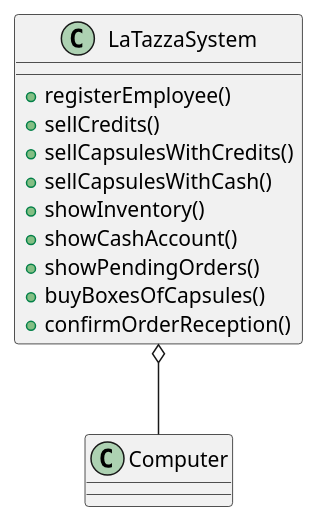
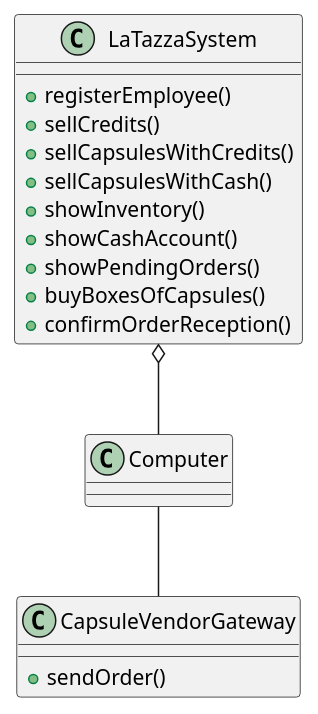
Before and after one commit to eloparco/LaTazza: the fourth of 4 diagrams in requirements.md, drawn with PlantUML. The commit also changed other lines of this file, not shown here.

````diff
--- a/requirements.md
+++ b/requirements.md
@@ -299,18 +304,24 @@
 ```plantuml
 class LaTazzaSystem {
   +registerEmployee()
   +sellCredits()
   +sellCapsulesWithCredits()
   +sellCapsulesWithCash()
   +showInventory()
   +showCashAccount()
   +showPendingOrders()
   +buyBoxesOfCapsules()
   +confirmOrderReception()
 }
 
 class Computer {
 }
 
+class CapsuleVendorGateway {
+  +sendOrder()
+}
+
 LaTazzaSystem o-- Computer
+
+Computer -- CapsuleVendorGateway
 ```
````
